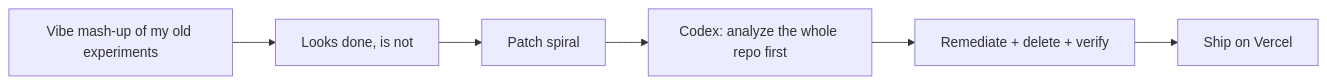
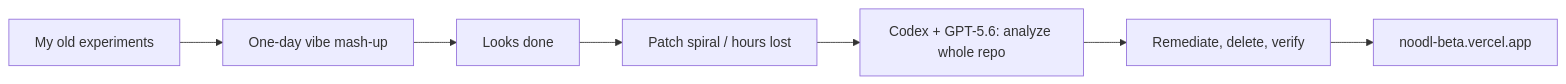
The third of 4 diagrams in README.md (SeraKah-1/noodl), drawn with Mermaid before and after one commit. The commit also changed other lines of this file, not shown here.

````diff
--- a/README.md
+++ b/README.md
@@ -118,8 +218,9 @@
 ```mermaid
 flowchart LR
-    A["Vibe mash-up of my old experiments"] --> B["Looks done, is not"]
-    B --> C["Patch spiral"]
-    C --> D["Codex: analyze the whole repo first"]
-    D --> E["Remediate + delete + verify"]
-    E --> F["Ship on Vercel"]
+    A["My old experiments"] --> B["One-day vibe mash-up"]
+    B --> C["Looks done"]
+    C --> D["Patch spiral / hours lost"]
+    D --> E["Codex + GPT-5.6: analyze whole repo"]
+    E --> F["Remediate, delete, verify"]
+    F --> G["noodl-beta.vercel.app"]
 ```
````
